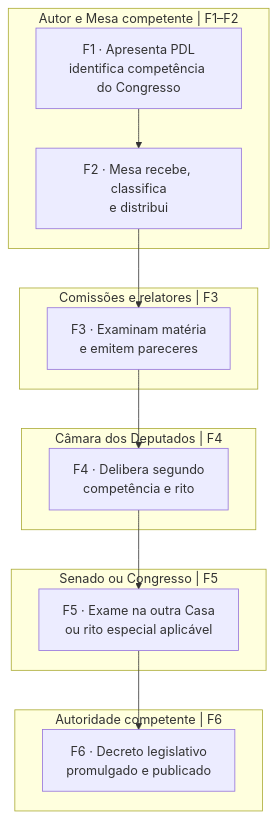
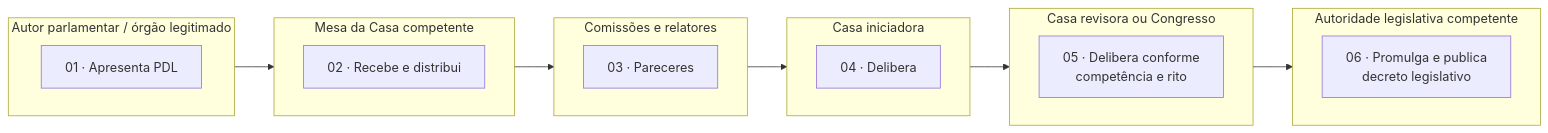
The fifth of 10 diagrams in 3 - Materias/Direito Constitucional/38 - blueprints do processo legislativo por especie normativa.md (leorruas/concursos), drawn with Mermaid before and after one commit. The commit also changed other lines of this file, not shown here.

Commit message:
docs: transformar blueprints por espécie em faixas de atores e fases com links de apoio

````diff
--- a/3 - Materias/Direito Constitucional/38 - blueprints do processo legislativo por especie normativa.md
+++ b/3 - Materias/Direito Constitucional/38 - blueprints do processo legislativo por especie normativa.md
@@ -177,20 +194,28 @@
 ```mermaid
-flowchart TB
- subgraph AUT["Autor e Mesa competente | F1–F2"]
- A["F1 · Apresenta PDL<br/>identifica competência do Congresso"]
- B["F2 · Mesa recebe, classifica<br/>e distribui"]
- end
- subgraph COM["Comissões e relatores | F3"]
- C["F3 · Examinam matéria<br/>e emitem pareceres"]
- end
- subgraph CAM["Câmara dos Deputados | F4"]
- D["F4 · Delibera segundo<br/>competência e rito"]
- end
- subgraph SF["Senado ou Congresso | F5"]
- E["F5 · Exame na outra Casa<br/>ou rito especial aplicável"]
- end
- subgraph FINAL["Autoridade competente | F6"]
- F["F6 · Decreto legislativo<br/>promulgado e publicado"]
- end
- A --> B --> C --> D --> E --> F
+flowchart LR
+  subgraph L0["Autor parlamentar / órgão legitimado"]
+    direction LR
+    a["01 · Apresenta PDL"]
+  end
+  subgraph L1["Mesa da Casa competente"]
+    direction LR
+    b["02 · Recebe e distribui"]
+  end
+  subgraph L2["Comissões e relatores"]
+    direction LR
+    c["03 · Pareceres"]
+  end
+  subgraph L3["Casa iniciadora"]
+    direction LR
+    d["04 · Delibera"]
+  end
+  subgraph L4["Casa revisora ou Congresso"]
+    direction LR
+    e["05 · Delibera conforme<br/>competência e rito"]
+  end
+  subgraph L5["Autoridade legislativa competente"]
+    direction LR
+    f["06 · Promulga e publica<br/>decreto legislativo"]
+  end
+  a --> b --> c --> d --> e --> f
 ```
````
